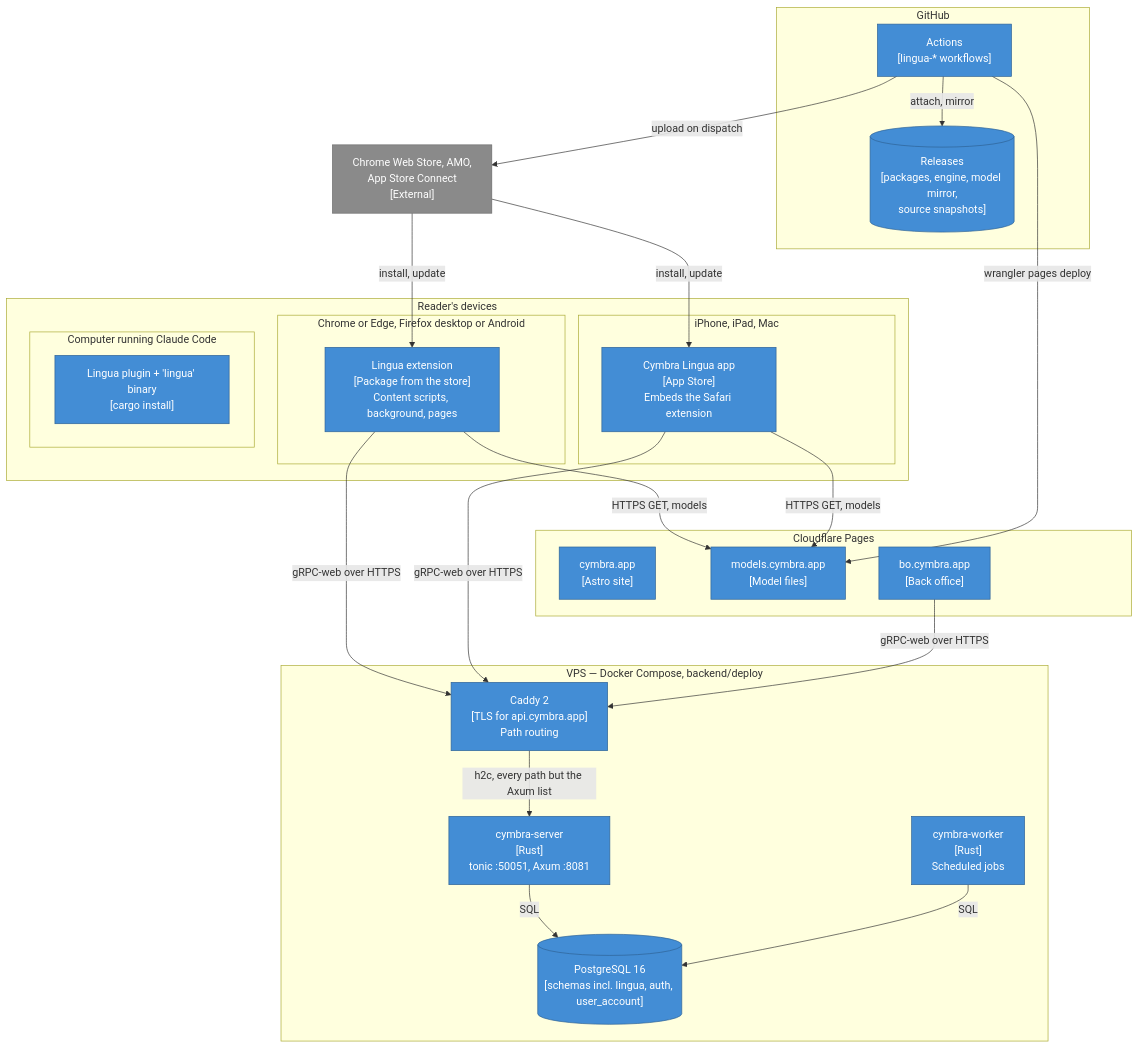
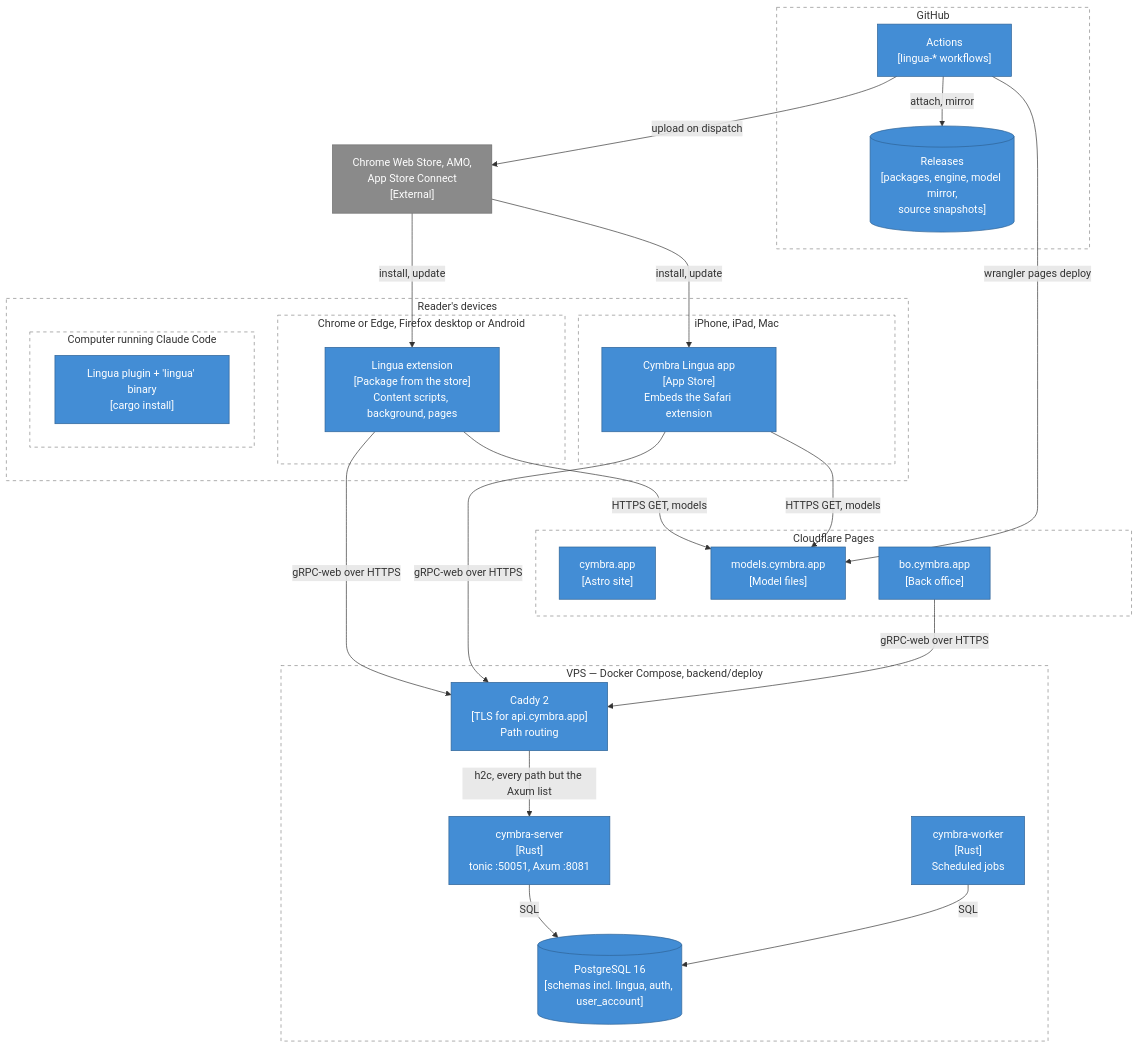
One commit to NEETROF/cymbra changed diagram 15 of 15 in docs/lingua/architecture.md. Above: the diagram before and after it, drawn with Mermaid. The commit also changed other lines of this file and 1 other file, not shown here.

Commit message:
docs(lingua): link the architecture, dashed boundaries, accuracy fixes

````diff
--- a/docs/lingua/architecture.md
+++ b/docs/lingua/architecture.md
@@ -1214,50 +1228,57 @@
 ```mermaid
 flowchart TB
     subgraph device ["Reader's devices"]
         subgraph browsers ["Chrome or Edge, Firefox desktop or Android"]
             extpkg["Lingua extension<br/>[Package from the store]<br/>Content scripts, background, pages"]:::container
         end
         subgraph applehw ["iPhone, iPad, Mac"]
             hostapp["Cymbra Lingua app<br/>[App Store]<br/>Embeds the Safari extension"]:::container
         end
         subgraph dev ["Computer running Claude Code"]
             plugin["Lingua plugin + 'lingua' binary<br/>[cargo install]"]:::container
         end
     end
 
     subgraph vps ["VPS — Docker Compose, backend/deploy"]
         caddy["Caddy 2<br/>[TLS for api.cymbra.app]<br/>Path routing"]:::container
         server["cymbra-server<br/>[Rust]<br/>tonic :50051, Axum :8081"]:::container
         worker["cymbra-worker<br/>[Rust]<br/>Scheduled jobs"]:::container
         pg[("PostgreSQL 16<br/>[schemas incl. lingua, auth, user_account]")]:::container
     end
 
     subgraph cf ["Cloudflare Pages"]
         site["cymbra.app<br/>[Astro site]"]:::container
         modelhost["models.cymbra.app<br/>[Model files]"]:::container
         bo["bo.cymbra.app<br/>[Back office]"]:::container
     end
 
     subgraph gh ["GitHub"]
         actions["Actions<br/>[lingua-* workflows]"]:::container
         releases[("Releases<br/>[packages, engine, model mirror,<br/>source snapshots]")]:::container
     end
     stores["Chrome Web Store, AMO,<br/>App Store Connect<br/>[External]"]:::external
 
     extpkg -- "gRPC-web over HTTPS" --> caddy
     hostapp -- "gRPC-web over HTTPS" --> caddy
     caddy -- "h2c, every path but the Axum list" --> server
     server -- "SQL" --> pg
     worker -- "SQL" --> pg
     extpkg -- "HTTPS GET, models" --> modelhost
     hostapp -- "HTTPS GET, models" --> modelhost
     bo -- "gRPC-web over HTTPS" --> caddy
     actions -- "attach, mirror" --> releases
     actions -- "wrangler pages deploy" --> modelhost
     actions -- "upload on dispatch" --> stores
     stores -- "install, update" --> extpkg
     stores -- "install, update" --> hostapp
 
     classDef container fill:#438dd5,stroke:#2e6295,color:#ffffff
     classDef external fill:#8a8a8a,stroke:#6b6b6b,color:#ffffff
+    style device fill:none,stroke:#888888,stroke-dasharray:5 5
+    style browsers fill:none,stroke:#888888,stroke-dasharray:5 5
+    style applehw fill:none,stroke:#888888,stroke-dasharray:5 5
+    style dev fill:none,stroke:#888888,stroke-dasharray:5 5
+    style vps fill:none,stroke:#888888,stroke-dasharray:5 5
+    style cf fill:none,stroke:#888888,stroke-dasharray:5 5
+    style gh fill:none,stroke:#888888,stroke-dasharray:5 5
 ```
````
